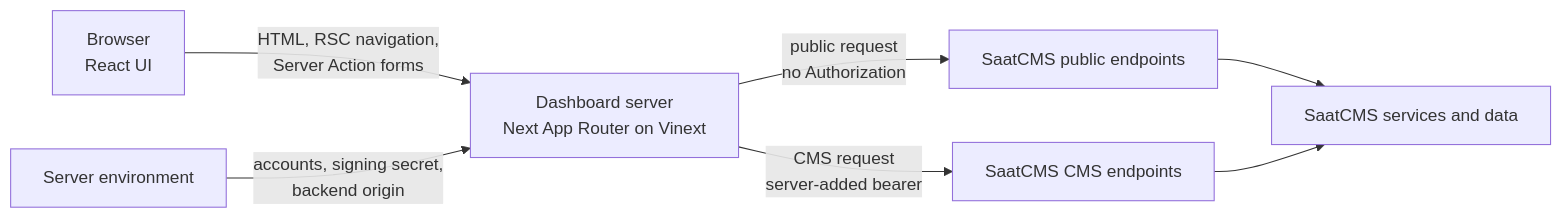
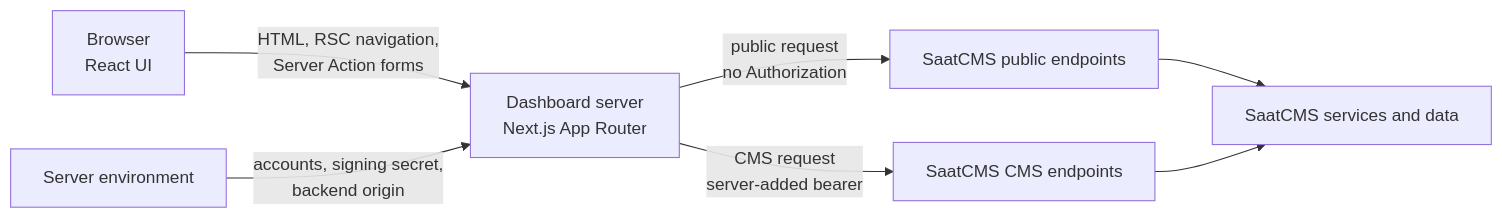
One commit to NumanKavurmaci/Saat-CMS-Admin-Dashboard changed the first of 2 diagrams in docs/architecture.md. Above: the diagram before and after it, drawn with Mermaid. The commit also changed other lines of this file and 12 other files, not shown here.

````diff
--- a/docs/architecture.md
+++ b/docs/architecture.md
@@ -23,9 +23,9 @@
 ```mermaid
 flowchart LR
-    B["Browser<br/>React UI"] -->|"HTML, RSC navigation,<br/>Server Action forms"| D["Dashboard server<br/>Next App Router on Vinext"]
+    B["Browser<br/>React UI"] -->|"HTML, RSC navigation,<br/>Server Action forms"| D["Dashboard server<br/>Next.js App Router"]
     D -->|"public request<br/>no Authorization"| P["SaatCMS public endpoints"]
     D -->|"CMS request<br/>server-added bearer"| C["SaatCMS CMS endpoints"]
     P --> S["SaatCMS services and data"]
     C --> S
     E["Server environment"] -->|"accounts, signing secret,<br/>backend origin"| D
 ```
````
